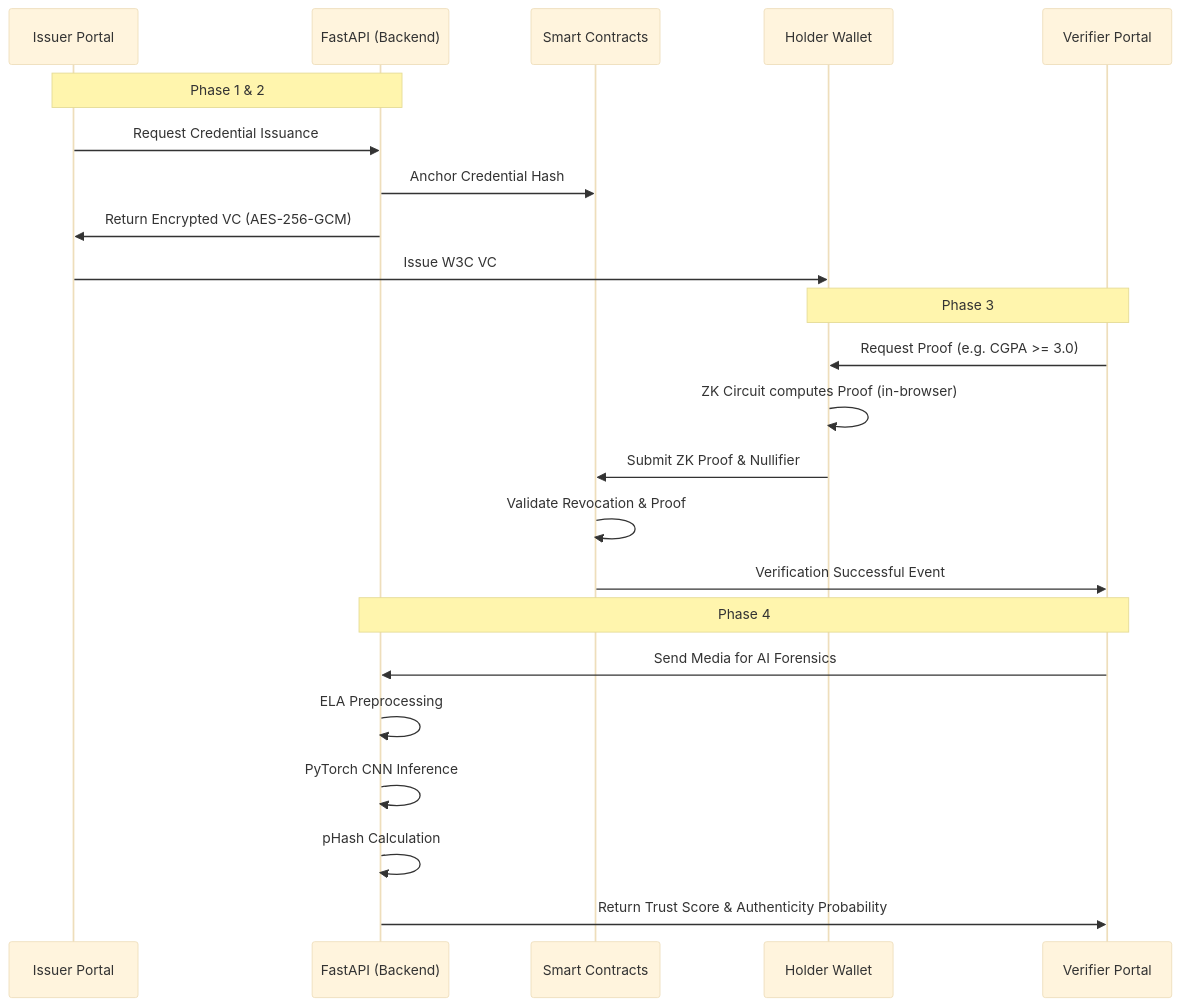
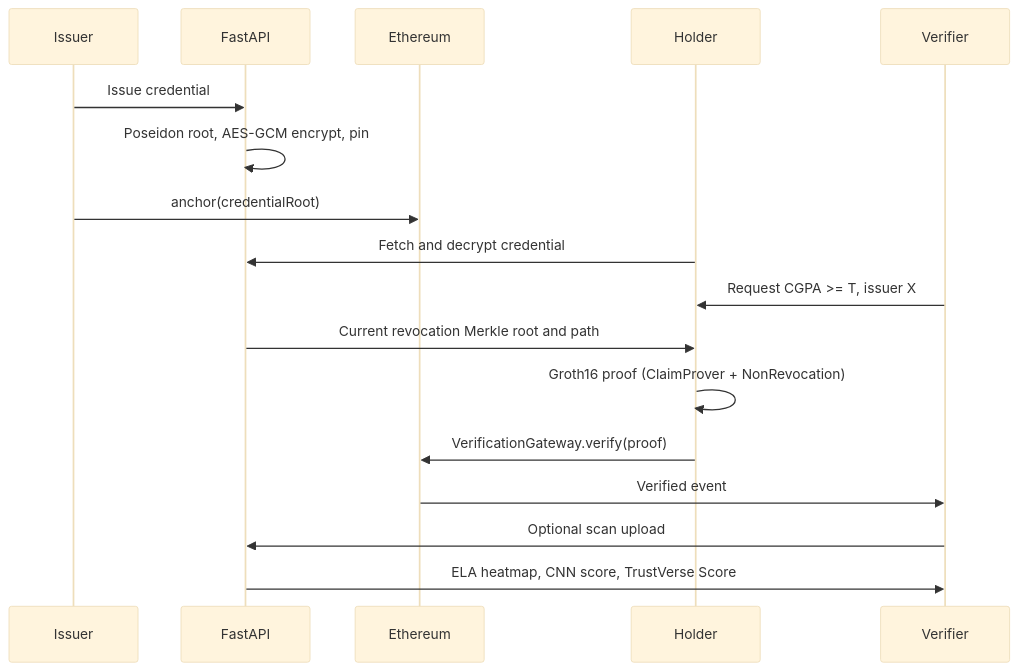
The diagram in docs/architecture.md (Prajyot05/trustverse), drawn with Mermaid (base theme) before and after one commit. The commit also changed other lines of this file and 4 other files, not shown here.

````diff
--- a/docs/architecture.md
+++ b/docs/architecture.md
@@ -21,28 +24,20 @@
 ```mermaid
 sequenceDiagram
-    participant Issuer as Issuer Portal
-    participant API as FastAPI (Backend)
-    participant Blockchain as Smart Contracts
-    participant Holder as Holder Wallet
-    participant Verifier as Verifier Portal
+    participant Issuer
+    participant API as FastAPI
+    participant Chain as Ethereum
+    participant Holder
+    participant Verifier
 
-    Note over Issuer, API: Phase 1 & 2
-    Issuer->>API: Request Credential Issuance
-    API->>Blockchain: Anchor Credential Hash
-    API->>Issuer: Return Encrypted VC (AES-256-GCM)
-    Issuer->>Holder: Issue W3C VC
-
-    Note over Verifier, Holder: Phase 3
-    Verifier->>Holder: Request Proof (e.g. CGPA >= 3.0)
-    Holder->>Holder: ZK Circuit computes Proof (in-browser)
-    Holder->>Blockchain: Submit ZK Proof & Nullifier
-    Blockchain->>Blockchain: Validate Revocation & Proof
-    Blockchain->>Verifier: Verification Successful Event
-
-    Note over Verifier, API: Phase 4
-    Verifier->>API: Send Media for AI Forensics
-    API->>API: ELA Preprocessing
-    API->>API: PyTorch CNN Inference
-    API->>API: pHash Calculation
-    API->>Verifier: Return Trust Score & Authenticity Probability
+    Issuer->>API: Issue credential
+    API->>API: Poseidon root, AES-GCM encrypt, pin
+    Issuer->>Chain: anchor(credentialRoot)
+    Holder->>API: Fetch and decrypt credential
+    Verifier->>Holder: Request CGPA >= T, issuer X
+    API->>Holder: Current revocation Merkle root and path
+    Holder->>Holder: Groth16 proof (ClaimProver + NonRevocation)
+    Holder->>Chain: VerificationGateway.verify(proof)
+    Chain->>Verifier: Verified event
+    Verifier->>API: Optional scan upload
+    API->>Verifier: ELA heatmap, CNN score, TrustVerse Score
 ```
````
